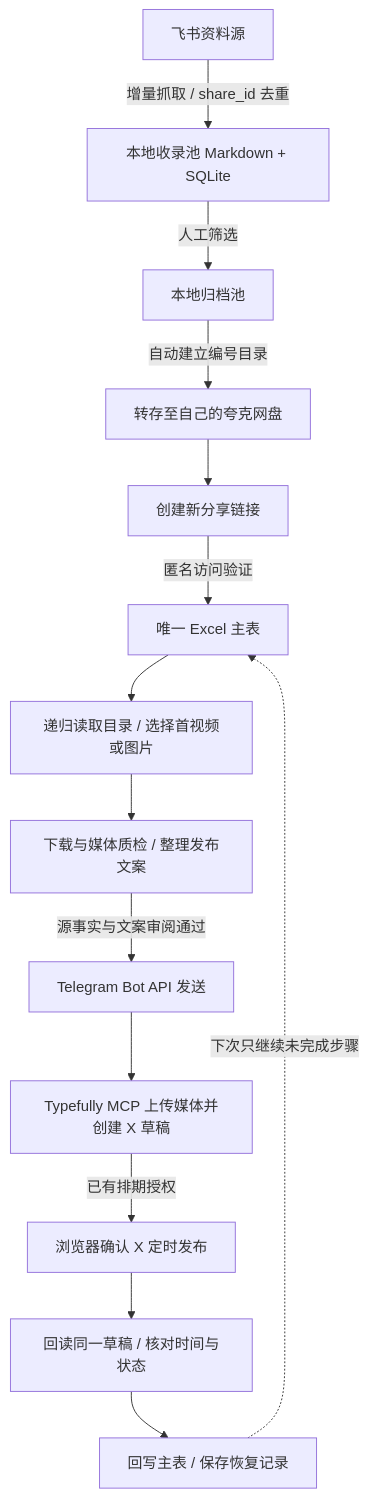
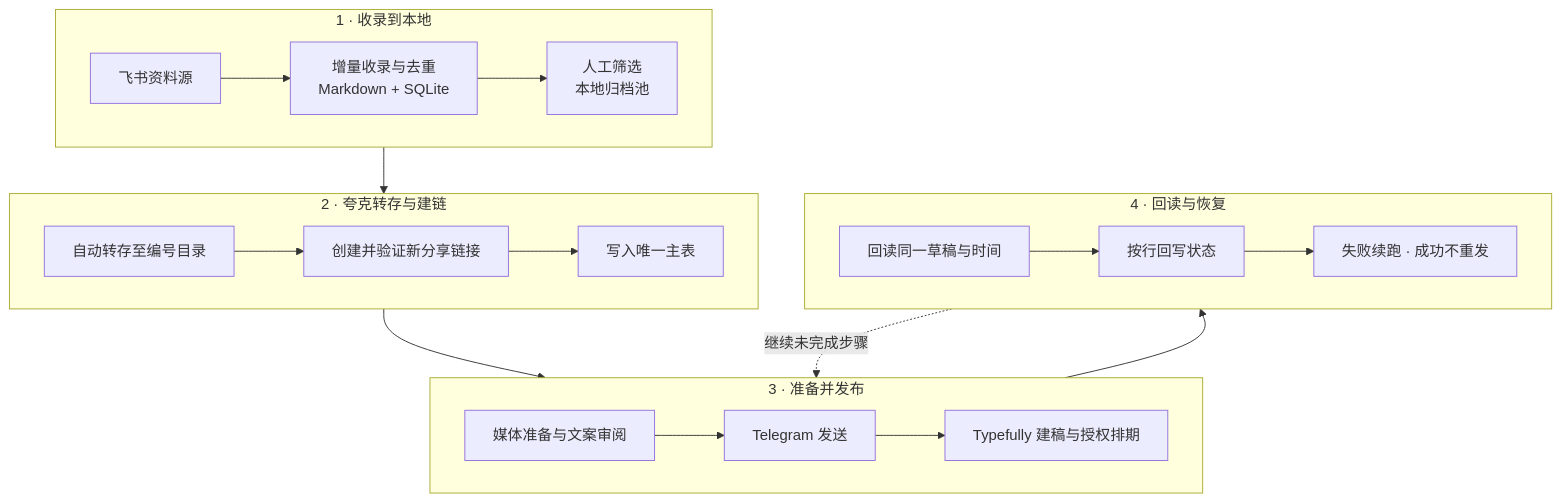
The diagram in README.md (kirilovamanolo490-ship-it/xpan-content-pipeline), drawn with Mermaid before and after one commit.

Commit message:
Make the complete workflow diagram readable at a glance

````diff
--- a/README.md
+++ b/README.md
@@ -23,16 +23,21 @@
 ```mermaid
-flowchart TD
-    A[飞书资料源] -->|增量抓取 / share_id 去重| B[本地收录池 Markdown + SQLite]
-    B -->|人工筛选| C[本地归档池]
-    C -->|自动建立编号目录| D[转存至自己的夸克网盘]
-    D --> E[创建新分享链接]
-    E -->|匿名访问验证| F[唯一 Excel 主表]
-    F --> G[递归读取目录 / 选择首视频或图片]
-    G --> H[下载与媒体质检 / 整理发布文案]
-    H -->|源事实与文案审阅通过| I[Telegram Bot API 发送]
-    I --> J[Typefully MCP 上传媒体并创建 X 草稿]
-    J -->|已有排期授权| K[浏览器确认 X 定时发布]
-    K --> L[回读同一草稿 / 核对时间与状态]
-    L --> M[回写主表 / 保存恢复记录]
-    M -. 下次只继续未完成步骤 .-> F
+flowchart TB
+    subgraph intake["1 · 收录到本地"]
+        direction LR
+        A[飞书资料源] --> B["增量收录与去重<br/>Markdown + SQLite"] --> C["人工筛选<br/>本地归档池"]
+    end
+    subgraph cloud["2 · 夸克转存与建链"]
+        direction LR
+        D[自动转存至编号目录] --> E[创建并验证新分享链接] --> F[写入唯一主表]
+    end
+    subgraph publish["3 · 准备并发布"]
+        direction LR
+        G[媒体准备与文案审阅] --> H[Telegram 发送] --> I[Typefully 建稿与授权排期]
+    end
+    subgraph state["4 · 回读与恢复"]
+        direction LR
+        J[回读同一草稿与时间] --> K[按行回写状态] --> L[失败续跑 · 成功不重发]
+    end
+    intake --> cloud --> publish --> state
+    state -. 继续未完成步骤 .-> publish
 ```
````
